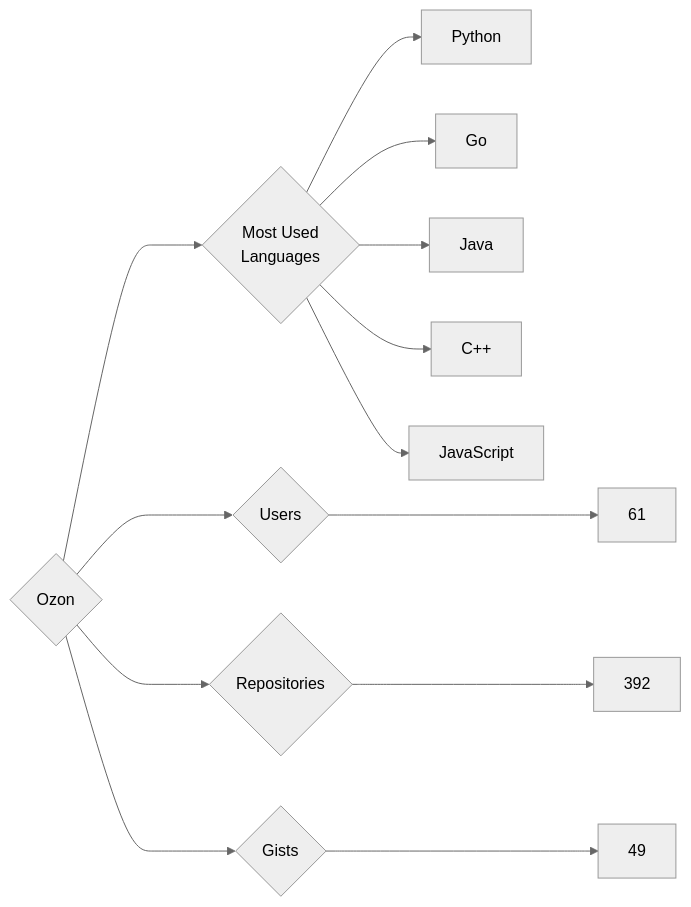
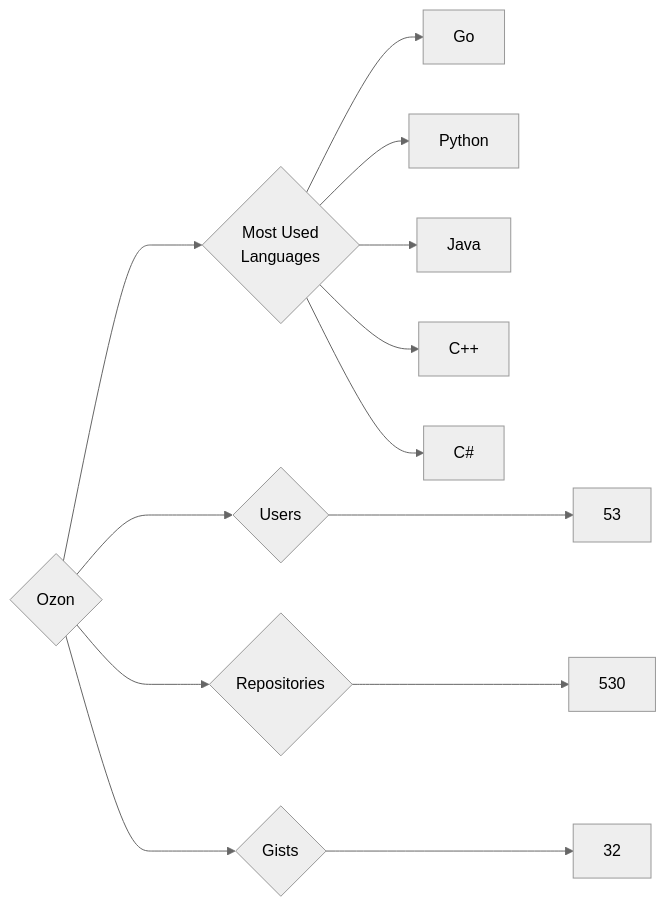
Before and after one commit to trickest/insiders: the diagram in targets/Ozon/README.md, drawn with Mermaid (neutral theme). The commit also changed 871 other files, not shown here.

````diff
--- a/targets/Ozon/README.md
+++ b/targets/Ozon/README.md
@@ -3,13 +3,13 @@
 ```mermaid
 graph LR
 COMPANY_NAME{Ozon}
-COMPANY_NAME ---> U{Users} ---> UN[61]
-COMPANY_NAME ---> R{Repositories} ---> RN[392]
-COMPANY_NAME ---> G{Gists} ---> GN[49]
+COMPANY_NAME ---> U{Users} ---> UN[53]
+COMPANY_NAME ---> R{Repositories} ---> RN[530]
+COMPANY_NAME ---> G{Gists} ---> GN[32]
 COMPANY_NAME ---> ML{Most Used<br>Languages}
+ML --> Go[Go]
 ML --> Python[Python]
-ML --> Go[Go]
 ML --> Java[Java]
 ML --> C++[C++]
-ML --> JavaScript[JavaScript]
+ML --> C#[C#]
 ```
````
